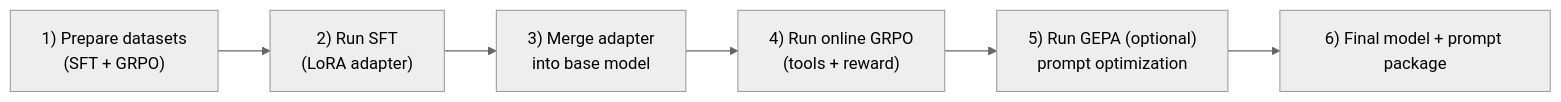
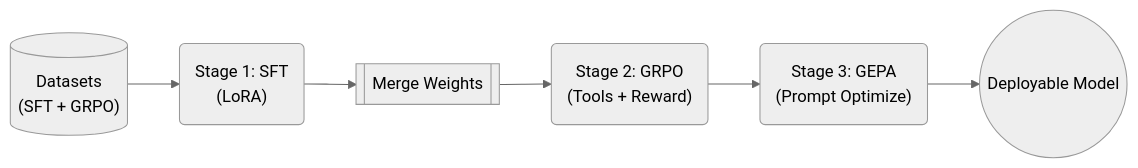
The second of 2 diagrams in docs/training.md (westonbrown/open-ctf-env), drawn with Mermaid (neutral theme) before and after one commit. The commit also changed other lines of this file and 17 other files, not shown here.

Commit message:
docs: refine, semanticize, and simplify mermaid architecture charts

````diff
--- a/docs/training.md
+++ b/docs/training.md
@@ -22,8 +27,8 @@
 ```mermaid
 flowchart LR
-    step1["1) Prepare datasets<br/>(SFT + GRPO)"] --> step2["2) Run SFT<br/>(LoRA adapter)"]
-    step2 --> step3["3) Merge adapter<br/>into base model"]
-    step3 --> step4["4) Run online GRPO<br/>(tools + reward)"]
-    step4 --> step5["5) Run GEPA (optional)<br/>prompt optimization"]
-    step5 --> step6["6) Final model + prompt package"]
+    D[("Datasets<br/>(SFT + GRPO)")] --> S("Stage 1: SFT<br/>(LoRA)")
+    S --> M[["Merge Weights"]]
+    M --> G("Stage 2: GRPO<br/>(Tools + Reward)")
+    G --> P("Stage 3: GEPA<br/>(Prompt Optimize)")
+    P --> F(("Deployable Model"))
 ```
````
